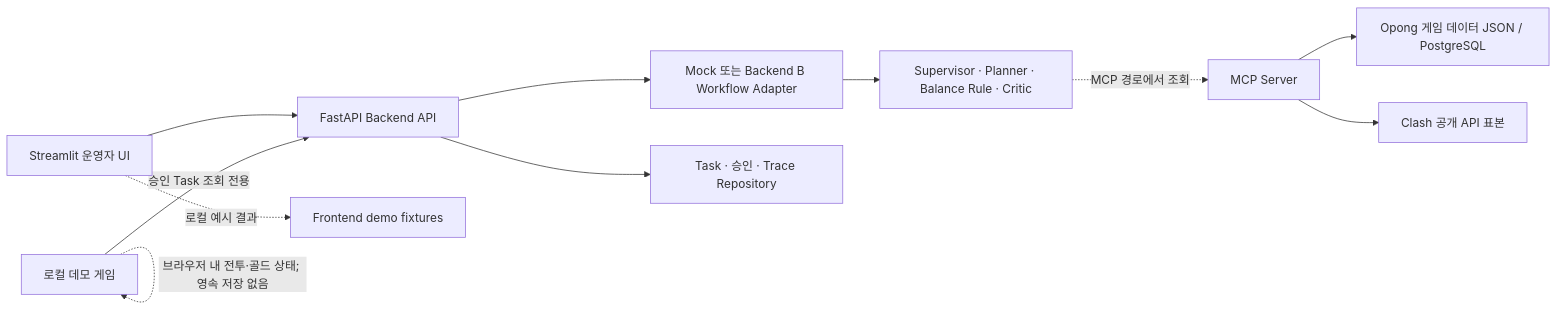
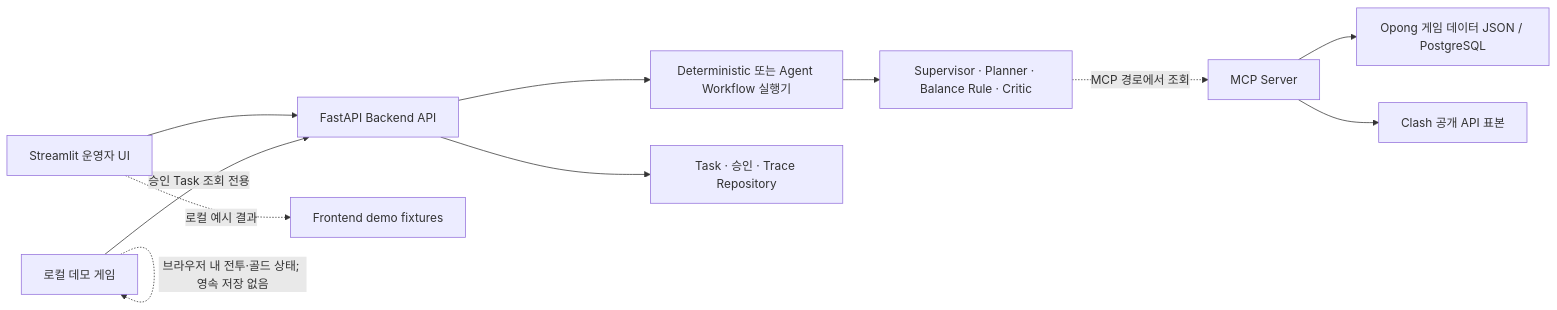
The second of 3 diagrams in docs/ik/최상위_시스템_설계서.md (encore-ai-campus/aio-01-p3-team2), drawn with Mermaid before and after one commit. The commit also changed other lines of this file and 61 other files, not shown here.

````diff
--- a/docs/ik/최상위_시스템_설계서.md
+++ b/docs/ik/최상위_시스템_설계서.md
@@ -133,23 +135,23 @@
 ```mermaid
 flowchart LR
     UI[Streamlit 운영자 UI]
     API[FastAPI Backend API]
-    ENGINE[Mock 또는 Backend B Workflow Adapter]
+    ENGINE[Deterministic 또는 Agent Workflow 실행기]
     AG[Supervisor · Planner · Balance Rule · Critic]
     MCP[MCP Server]
     OPONG[Opong 게임 데이터 JSON / PostgreSQL]
     CLASH[Clash 공개 API 표본]
     REPO[Task · 승인 · Trace Repository]
     GAME[로컬 데모 게임]
 
     UI --> API
     UI -. 로컬 예시 결과 .-> FIXTURE[Frontend demo fixtures]
     API --> ENGINE
     ENGINE --> AG
     AG -. MCP 경로에서 조회 .-> MCP
     MCP --> OPONG
     MCP --> CLASH
     API --> REPO
     GAME -->|승인 Task 조회 전용| API
     GAME -. 브라우저 내 전투·골드 상태; 영속 저장 없음 .-> GAME
 ```
````
